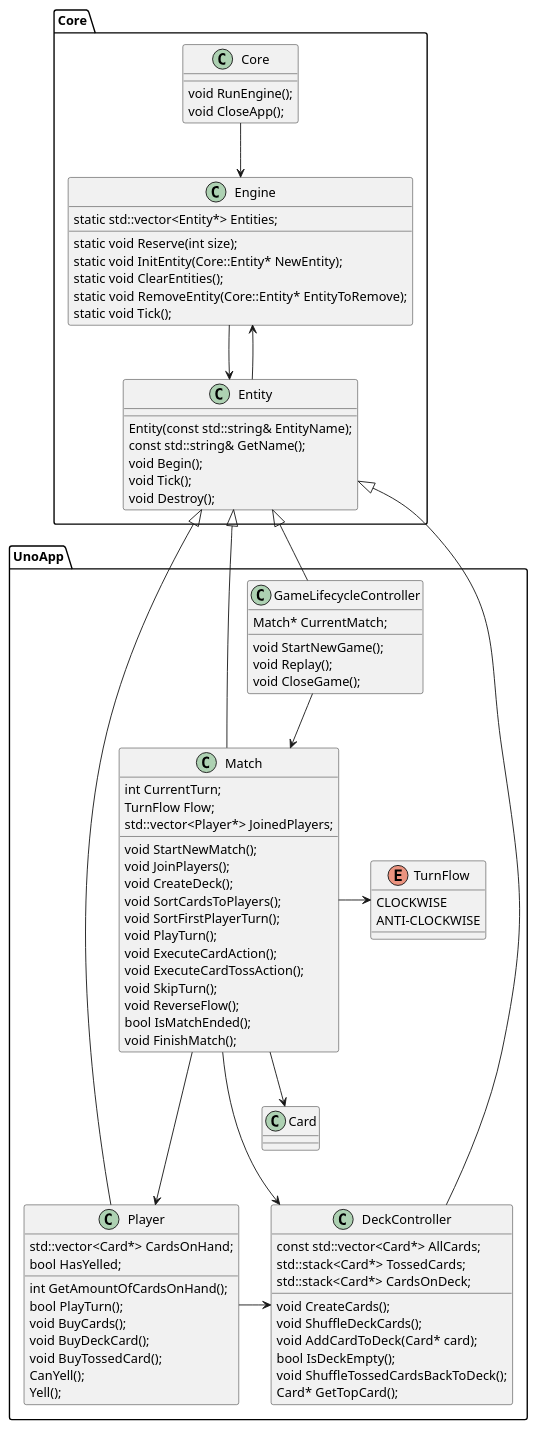
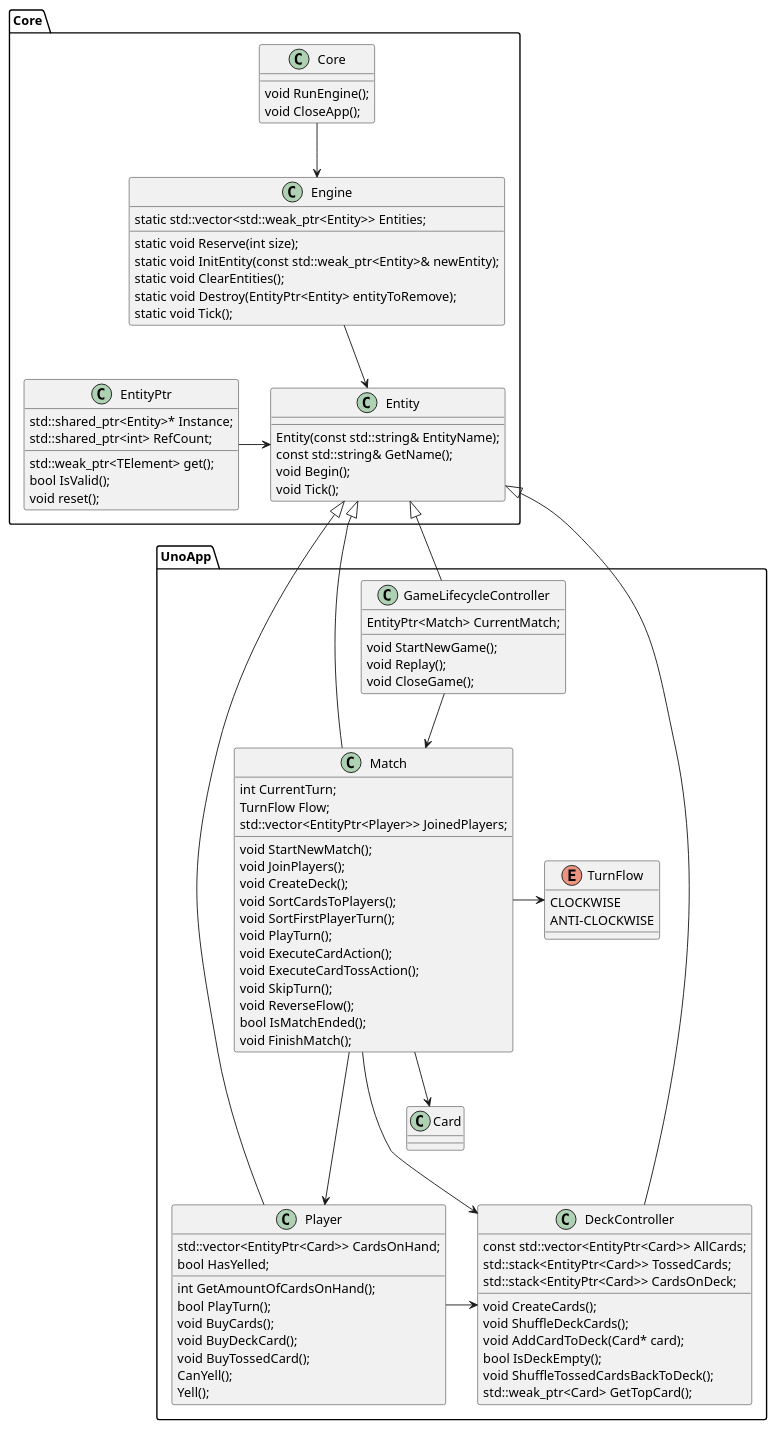
Before and after one commit to rodrigoaadias/UnoGameProjectCpp: the diagram in Documentation/GeneralArchitecture.puml, drawn with PlantUML. The commit also changed 2 other files, not shown here.

```diff
--- a/Documentation/GeneralArchitecture.puml
+++ b/Documentation/GeneralArchitecture.puml
@@ -1,107 +1,114 @@
 @startuml
 'https://plantuml.com/class-diagram
 
 package Core
 {
     class Engine{
-        static std::vector<Entity*> Entities;
+        static std::vector<std::weak_ptr<Entity>> Entities;
         static void Reserve(int size);
-        static void InitEntity(Core::Entity* NewEntity);
+        static void InitEntity(const std::weak_ptr<Entity>& newEntity);
         static void ClearEntities();
-        static void RemoveEntity(Core::Entity* EntityToRemove);
+        static void Destroy(EntityPtr<Entity> entityToRemove);
         static void Tick();
     }
 
     class Entity{        
         Entity(const std::string& EntityName);
         const std::string& GetName();
         void Begin();
         void Tick();
-        void Destroy();  
     }
 
     Engine --> Entity
-    Entity --> Engine
+
+    class EntityPtr{
+        std::shared_ptr<Entity>* Instance;
+        std::shared_ptr<int> RefCount;
+        std::weak_ptr<TElement> get();
+        bool IsValid();
+        void reset();
+    }
 
     class Core{
         void RunEngine();
         void CloseApp();
     }
 
     Core --> Engine
+    EntityPtr -> Entity
 }
 
 package UnoApp
 {
     class GameLifecycleController{
-        Match* CurrentMatch;
+        EntityPtr<Match> CurrentMatch;
         void StartNewGame();
         void Replay();
         void CloseGame();
     }
     
     class Player{
-        std::vector<Card*> CardsOnHand;
+        std::vector<EntityPtr<Card>> CardsOnHand;
         bool HasYelled;
         int GetAmountOfCardsOnHand();
         bool PlayTurn();
         void BuyCards();
         void BuyDeckCard();
         void BuyTossedCard();
         CanYell();
         Yell();
     }
 
     class DeckController{
-        const std::vector<Card*> AllCards;
-        std::stack<Card*> TossedCards;
-        std::stack<Card*> CardsOnDeck;
+        const std::vector<EntityPtr<Card>> AllCards;
+        std::stack<EntityPtr<Card>> TossedCards;
+        std::stack<EntityPtr<Card>> CardsOnDeck;
         void CreateCards();
         void ShuffleDeckCards();
         void AddCardToDeck(Card* card);
         bool IsDeckEmpty();
         void ShuffleTossedCardsBackToDeck();
-        Card* GetTopCard();
+        std::weak_ptr<Card> GetTopCard();
     }
 
     enum TurnFlow{
         CLOCKWISE
         ANTI-CLOCKWISE
     }
 
     class Match{    
         int CurrentTurn;
         TurnFlow Flow;
-        std::vector<Player*> JoinedPlayers;              
+        std::vector<EntityPtr<Player>> JoinedPlayers;        
         void StartNewMatch();
         void JoinPlayers();
         void CreateDeck();
         void SortCardsToPlayers();
         void SortFirstPlayerTurn();
         void PlayTurn();
         void ExecuteCardAction();      
         void ExecuteCardTossAction();  
         void SkipTurn();
         void ReverseFlow();
         bool IsMatchEnded();
         void FinishMatch();
     }
 
     class Card{
     }
 
     Entity <|-- GameLifecycleController
     GameLifecycleController --> Match
 
     Entity <|-- Player
     Entity <|-- Match
     Entity <|-- DeckController
 
     Player -> DeckController
     Match ---> Player
     Match ---> DeckController
     Match -> TurnFlow
     Match --> Card
 }
 
 @enduml
```
